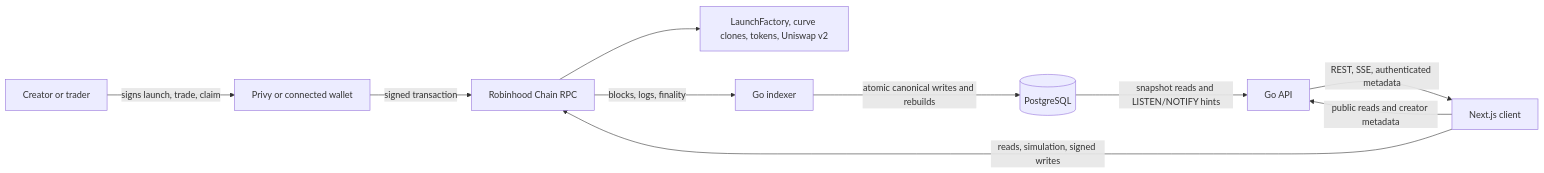
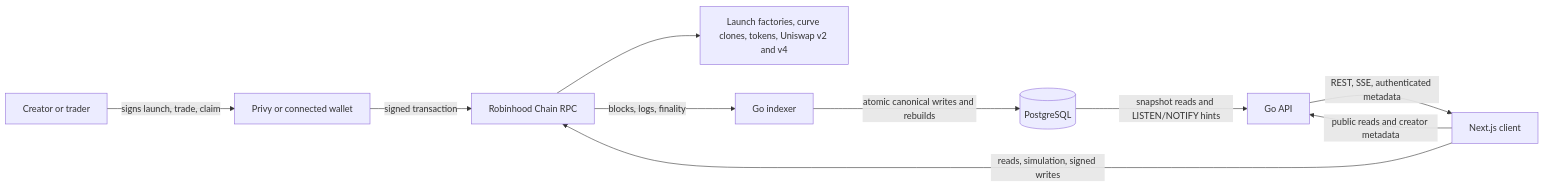
The diagram in README.md (oplosy/launchtap), drawn with Mermaid before and after one commit. The commit also changed other lines of this file and 6 other files, not shown here.

````diff
--- a/README.md
+++ b/README.md
@@ -146,12 +166,12 @@
 ```mermaid
 flowchart LR
     Creator[Creator or trader] -->|signs launch, trade, claim| Wallet[Privy or connected wallet]
     Wallet -->|signed transaction| RPC[Robinhood Chain RPC]
-    RPC --> Contracts[LaunchFactory, curve clones, tokens, Uniswap v2]
+    RPC --> Contracts[Launch factories, curve clones, tokens, Uniswap v2 and v4]
     RPC -->|blocks, logs, finality| Indexer[Go indexer]
     Indexer -->|atomic canonical writes and rebuilds| DB[(PostgreSQL)]
     DB -->|snapshot reads and LISTEN/NOTIFY hints| API[Go API]
     API -->|REST, SSE, authenticated metadata| Web[Next.js client]
     Web -->|public reads and creator metadata| API
     Web -->|reads, simulation, signed writes| RPC
 ```
````
